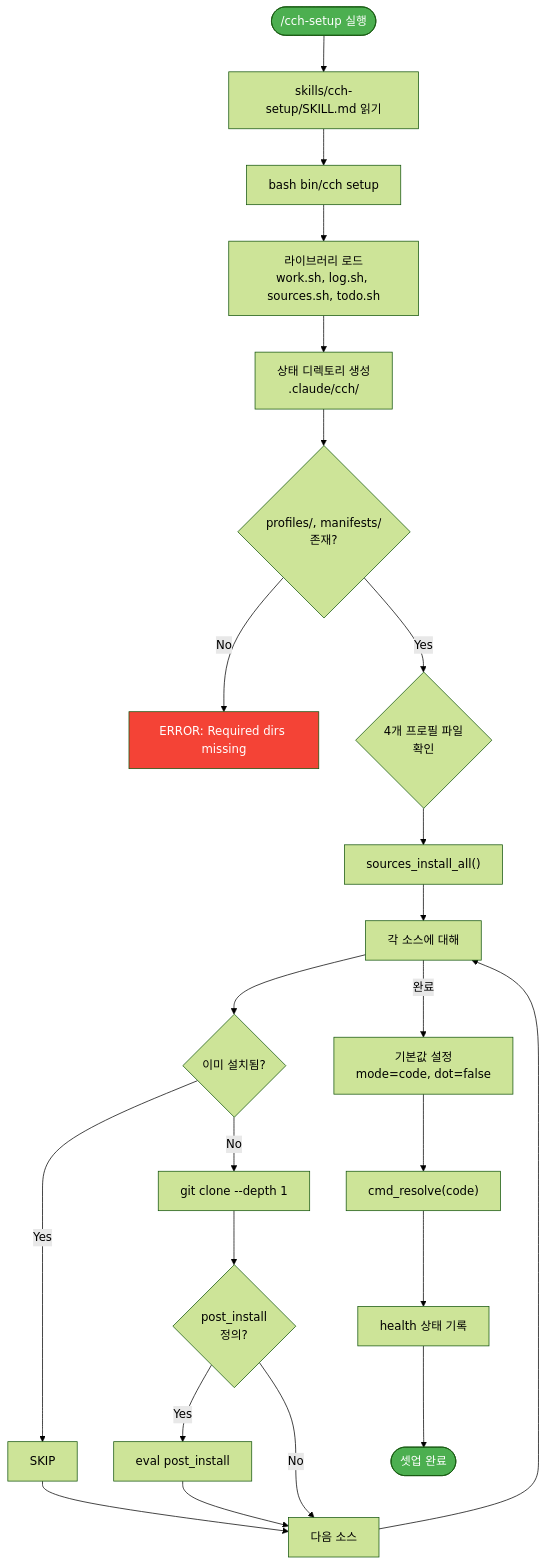
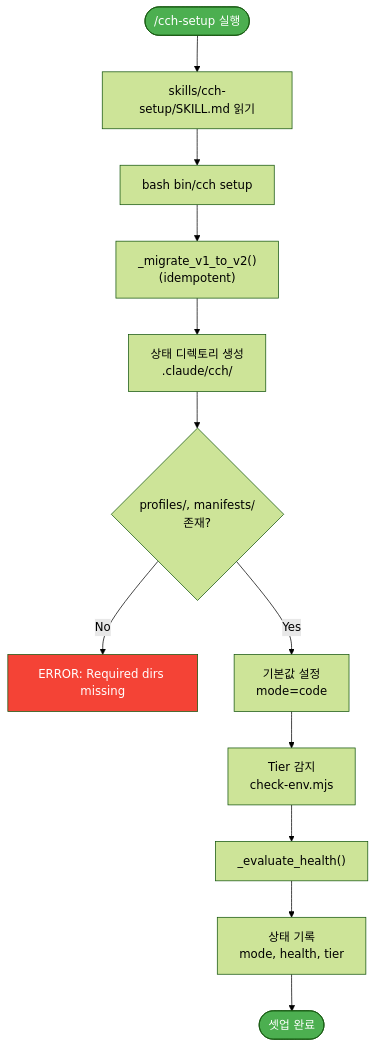
Before and after one commit to skdkfk8758/claude-code-harness: the second of 12 diagrams in docs/diagrams/cch-workflows.md, drawn with Mermaid (forest theme). The commit also changed other lines of this file and 34 other files, not shown here.

````diff
--- a/docs/diagrams/cch-workflows.md
+++ b/docs/diagrams/cch-workflows.md
@@ -142,34 +101,21 @@
 ```mermaid
 flowchart TD
     START(["/cch-setup 실행"]) --> READ_SKILL["skills/cch-setup/SKILL.md 읽기"]
     READ_SKILL --> RUN_SETUP["bash bin/cch setup"]
 
-    RUN_SETUP --> LOAD_LIBS["라이브러리 로드<br/>work.sh, log.sh, sources.sh, todo.sh"]
-    LOAD_LIBS --> CREATE_DIR["상태 디렉토리 생성<br/>.claude/cch/"]
+    RUN_SETUP --> MIGRATE["_migrate_v1_to_v2()<br/>(idempotent)"]
+    MIGRATE --> CREATE_DIR["상태 디렉토리 생성<br/>.claude/cch/"]
     CREATE_DIR --> CHECK_DIRS{"profiles/, manifests/<br/>존재?"}
 
     CHECK_DIRS -->|No| ERR_DIR["ERROR: Required dirs missing"]
-    CHECK_DIRS -->|Yes| CHECK_PROFILES{"4개 프로필 파일<br/>확인"}
+    CHECK_DIRS -->|Yes| SET_DEFAULTS["기본값 설정<br/>mode=code"]
 
-    CHECK_PROFILES --> INSTALL_SOURCES["sources_install_all()"]
-
-    INSTALL_SOURCES --> FOR_EACH["각 소스에 대해"]
-    FOR_EACH --> IS_INSTALLED{"이미 설치됨?"}
-    IS_INSTALLED -->|Yes| SKIP["SKIP"]
-    IS_INSTALLED -->|No| GIT_CLONE["git clone --depth 1"]
-    GIT_CLONE --> HAS_POST{"post_install<br/>정의?"}
-    HAS_POST -->|Yes| RUN_POST["eval post_install"]
-    HAS_POST -->|No| NEXT_SRC["다음 소스"]
-    RUN_POST --> NEXT_SRC
-    SKIP --> NEXT_SRC
-    NEXT_SRC --> FOR_EACH
-
-    FOR_EACH -->|완료| SET_DEFAULTS["기본값 설정<br/>mode=code, dot=false"]
-    SET_DEFAULTS --> RESOLVE["cmd_resolve(code)"]
-    RESOLVE --> WRITE_HEALTH["health 상태 기록"]
-    WRITE_HEALTH --> DONE(["셋업 완료"])
+    SET_DEFAULTS --> CALC_TIER["Tier 감지<br/>check-env.mjs"]
+    CALC_TIER --> EVAL_HEALTH["_evaluate_health()"]
+    EVAL_HEALTH --> WRITE_STATE["상태 기록<br/>mode, health, tier"]
+    WRITE_STATE --> DONE(["셋업 완료"])
 
     style START fill:#4CAF50,color:white
     style DONE fill:#4CAF50,color:white
     style ERR_DIR fill:#F44336,color:white
 ```
````
